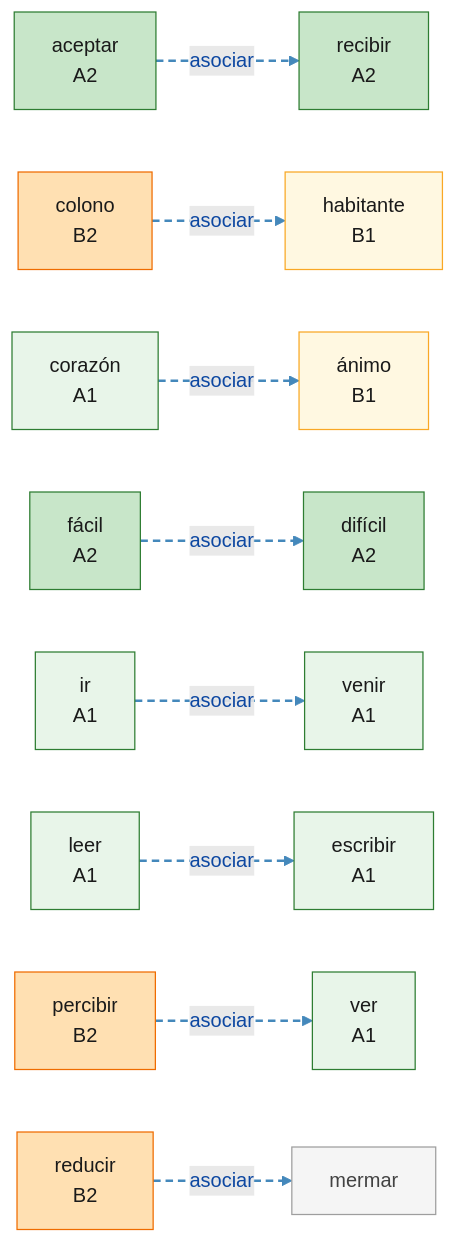
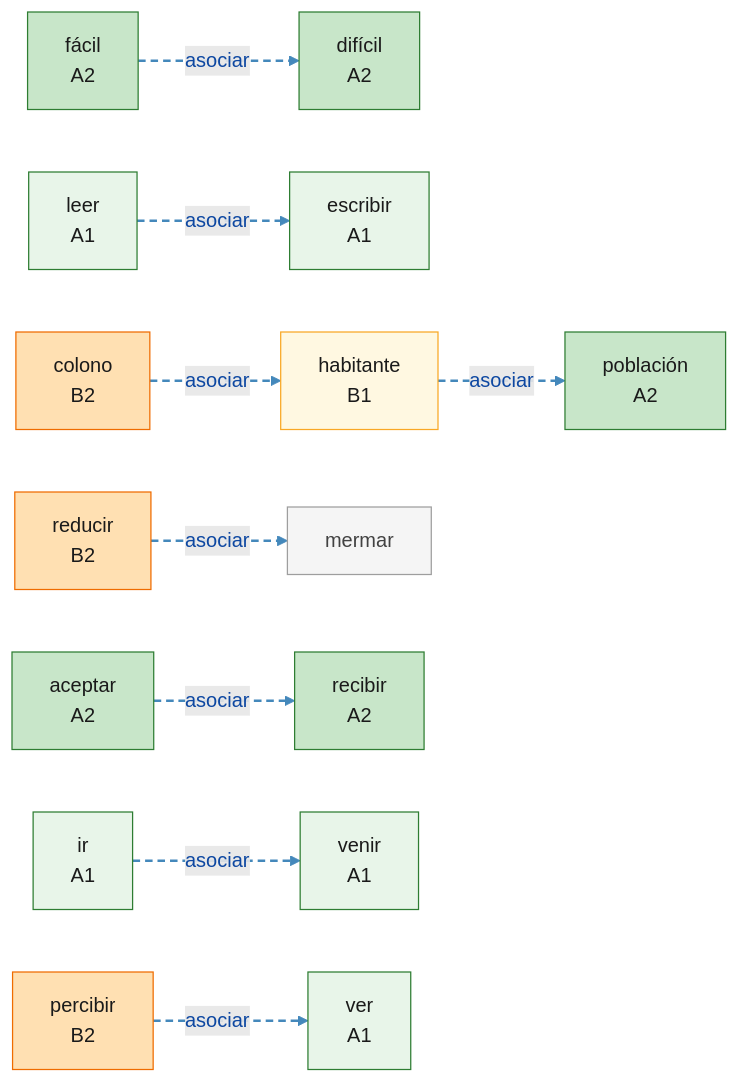
Before and after one commit to auding1900/es-raiz-vocab: the diagram in mindmaps/asociar_a-l-2-4.md, drawn with Mermaid. The commit also changed other lines of this file and 34 other files, not shown here.

````diff
--- a/mindmaps/asociar_a-l-2-4.md
+++ b/mindmaps/asociar_a-l-2-4.md
@@ -8,59 +8,57 @@
 ```mermaid
 graph LR
   W_aceptar["aceptar<br/>A2"]:::lvlA2
-  W_animo["ánimo<br/>B1"]:::lvlB1
   W_colono["colono<br/>B2"]:::lvlB2
-  W_corazon["corazón<br/>A1"]:::lvlA1
   W_dificil["difícil<br/>A2"]:::lvlA2
   W_escribir["escribir<br/>A1"]:::lvlA1
   W_facil["fácil<br/>A2"]:::lvlA2
   W_habitante["habitante<br/>B1"]:::lvlB1
   W_ir["ir<br/>A1"]:::lvlA1
   W_leer["leer<br/>A1"]:::lvlA1
   W_mermar["mermar"]:::lvlNA
   W_percibir["percibir<br/>B2"]:::lvlB2
+  W_poblacion["población<br/>A2"]:::lvlA2
   W_recibir["recibir<br/>A2"]:::lvlA2
   W_reducir["reducir<br/>B2"]:::lvlB2
   W_venir["venir<br/>A1"]:::lvlA1
   W_ver["ver<br/>A1"]:::lvlA1
+  W_habitante -.->|asociar| W_poblacion
   W_colono -.->|asociar| W_habitante
   W_reducir -.->|asociar| W_mermar
   W_percibir -.->|asociar| W_ver
   W_aceptar -.->|asociar| W_recibir
   W_facil -.->|asociar| W_dificil
   W_ir -.->|asociar| W_venir
   W_leer -.->|asociar| W_escribir
-  W_corazon -.->|asociar| W_animo
   linkStyle 0 stroke:#4488bb,stroke-width:2px,stroke-dasharray:6 4
   linkStyle 1 stroke:#4488bb,stroke-width:2px,stroke-dasharray:6 4
   linkStyle 2 stroke:#4488bb,stroke-width:2px,stroke-dasharray:6 4
   linkStyle 3 stroke:#4488bb,stroke-width:2px,stroke-dasharray:6 4
   linkStyle 4 stroke:#4488bb,stroke-width:2px,stroke-dasharray:6 4
   linkStyle 5 stroke:#4488bb,stroke-width:2px,stroke-dasharray:6 4
   linkStyle 6 stroke:#4488bb,stroke-width:2px,stroke-dasharray:6 4
   linkStyle 7 stroke:#4488bb,stroke-width:2px,stroke-dasharray:6 4
   classDef root fill:#bbdefb,stroke:#1565c0,stroke-width:2px,color:#0d47a1
   classDef lvlA1 fill:#e8f5e9,stroke:#2e7d32,color:#1a1a1a
   classDef lvlA2 fill:#c8e6c9,stroke:#2e7d32,color:#1a1a1a
   classDef lvlB1 fill:#fff8e1,stroke:#f9a825,color:#1a1a1a
   classDef lvlB2 fill:#ffe0b2,stroke:#ef6c00,color:#1a1a1a
   classDef lvlC1 fill:#ffccbc,stroke:#d84315,color:#1a1a1a
   classDef lvlC2 fill:#ffcdd2,stroke:#b71c1c,color:#1a1a1a
   classDef lvlNA fill:#f5f5f5,stroke:#9e9e9e,color:#424242
   click W_aceptar "https://www.doubao.com/chat?q=%E8%A5%BF%E7%8F%AD%E7%89%99%E8%AF%ADaceptar%EF%BC%8C%E8%AF%8D%E6%A0%B9cap%EF%BC%8C%E8%A7%A3%E9%87%8A%E8%AF%8D%E4%B9%89%E3%80%81DELE%E7%AD%89%E7%BA%A7%E3%80%81%E8%AF%AD%E4%BD%93%E3%80%81%E5%B8%B8%E7%94%A8%E6%90%AD%E9%85%8D%E3%80%81%E8%BF%91%E4%B9%89%E8%AF%8D%E8%BE%A8%E6%9E%90%EF%BC%8C%E5%B9%B6%E4%B8%94%E7%BB%992%E6%9D%A1%E6%9D%A5%E8%87%AA%E5%85%AC%E7%89%88%E8%A5%BF%E8%AF%AD%E6%96%87%E6%9C%AC%EF%BC%88Wikisource%2F%E5%8F%A4%E7%99%BB%E5%A0%A1%EF%BC%89%E7%9A%84%E8%87%AA%E7%84%B6%E4%BE%8B%E5%8F%A5%EF%BC%8C%E4%BE%8B%E5%8F%A5%E4%BC%98%E5%85%88%E9%80%89%E7%94%A8%E7%8E%B0%E4%BB%A3%E6%A0%87%E5%87%86%E8%A5%BF%E7%8F%AD%E7%89%99%E8%AF%AD%EF%BC%8C%E5%8F%A4%E4%BD%93%E4%BE%8B%E5%8F%A5%E6%A0%87%E6%B3%A8%E3%80%90arca%C3%ADsmo%E3%80%91" "豆包查询：aceptar" _blank
-  click W_animo "https://www.doubao.com/chat?q=%E8%A5%BF%E7%8F%AD%E7%89%99%E8%AF%AD%C3%A1nimo%EF%BC%8C%E8%AF%8D%E6%A0%B9anim%EF%BC%8C%E8%A7%A3%E9%87%8A%E8%AF%8D%E4%B9%89%E3%80%81DELE%E7%AD%89%E7%BA%A7%E3%80%81%E8%AF%AD%E4%BD%93%E3%80%81%E5%B8%B8%E7%94%A8%E6%90%AD%E9%85%8D%E3%80%81%E8%BF%91%E4%B9%89%E8%AF%8D%E8%BE%A8%E6%9E%90%EF%BC%8C%E5%B9%B6%E4%B8%94%E7%BB%992%E6%9D%A1%E6%9D%A5%E8%87%AA%E5%85%AC%E7%89%88%E8%A5%BF%E8%AF%AD%E6%96%87%E6%9C%AC%EF%BC%88Wikisource%2F%E5%8F%A4%E7%99%BB%E5%A0%A1%EF%BC%89%E7%9A%84%E8%87%AA%E7%84%B6%E4%BE%8B%E5%8F%A5%EF%BC%8C%E4%BE%8B%E5%8F%A5%E4%BC%98%E5%85%88%E9%80%89%E7%94%A8%E7%8E%B0%E4%BB%A3%E6%A0%87%E5%87%86%E8%A5%BF%E7%8F%AD%E7%89%99%E8%AF%AD%EF%BC%8C%E5%8F%A4%E4%BD%93%E4%BE%8B%E5%8F%A5%E6%A0%87%E6%B3%A8%E3%80%90arca%C3%ADsmo%E3%80%91" "豆包查询：ánimo" _blank
   click W_colono "https://www.doubao.com/chat?q=%E8%A5%BF%E7%8F%AD%E7%89%99%E8%AF%ADcolono%EF%BC%8C%E8%AF%8D%E6%A0%B9col%EF%BC%8C%E8%A7%A3%E9%87%8A%E8%AF%8D%E4%B9%89%E3%80%81DELE%E7%AD%89%E7%BA%A7%E3%80%81%E8%AF%AD%E4%BD%93%E3%80%81%E5%B8%B8%E7%94%A8%E6%90%AD%E9%85%8D%E3%80%81%E8%BF%91%E4%B9%89%E8%AF%8D%E8%BE%A8%E6%9E%90%EF%BC%8C%E5%B9%B6%E4%B8%94%E7%BB%992%E6%9D%A1%E6%9D%A5%E8%87%AA%E5%85%AC%E7%89%88%E8%A5%BF%E8%AF%AD%E6%96%87%E6%9C%AC%EF%BC%88Wikisource%2F%E5%8F%A4%E7%99%BB%E5%A0%A1%EF%BC%89%E7%9A%84%E8%87%AA%E7%84%B6%E4%BE%8B%E5%8F%A5%EF%BC%8C%E4%BE%8B%E5%8F%A5%E4%BC%98%E5%85%88%E9%80%89%E7%94%A8%E7%8E%B0%E4%BB%A3%E6%A0%87%E5%87%86%E8%A5%BF%E7%8F%AD%E7%89%99%E8%AF%AD%EF%BC%8C%E5%8F%A4%E4%BD%93%E4%BE%8B%E5%8F%A5%E6%A0%87%E6%B3%A8%E3%80%90arca%C3%ADsmo%E3%80%91" "豆包查询：colono" _blank
-  click W_corazon "https://www.doubao.com/chat?q=%E8%A5%BF%E7%8F%AD%E7%89%99%E8%AF%ADcoraz%C3%B3n%EF%BC%8C%E8%AF%8D%E6%A0%B9cor%EF%BC%8C%E8%A7%A3%E9%87%8A%E8%AF%8D%E4%B9%89%E3%80%81DELE%E7%AD%89%E7%BA%A7%E3%80%81%E8%AF%AD%E4%BD%93%E3%80%81%E5%B8%B8%E7%94%A8%E6%90%AD%E9%85%8D%E3%80%81%E8%BF%91%E4%B9%89%E8%AF%8D%E8%BE%A8%E6%9E%90%EF%BC%8C%E5%B9%B6%E4%B8%94%E7%BB%992%E6%9D%A1%E6%9D%A5%E8%87%AA%E5%85%AC%E7%89%88%E8%A5%BF%E8%AF%AD%E6%96%87%E6%9C%AC%EF%BC%88Wikisource%2F%E5%8F%A4%E7%99%BB%E5%A0%A1%EF%BC%89%E7%9A%84%E8%87%AA%E7%84%B6%E4%BE%8B%E5%8F%A5%EF%BC%8C%E4%BE%8B%E5%8F%A5%E4%BC%98%E5%85%88%E9%80%89%E7%94%A8%E7%8E%B0%E4%BB%A3%E6%A0%87%E5%87%86%E8%A5%BF%E7%8F%AD%E7%89%99%E8%AF%AD%EF%BC%8C%E5%8F%A4%E4%BD%93%E4%BE%8B%E5%8F%A5%E6%A0%87%E6%B3%A8%E3%80%90arca%C3%ADsmo%E3%80%91" "豆包查询：corazón" _blank
   click W_dificil "https://www.doubao.com/chat?q=%E8%A5%BF%E7%8F%AD%E7%89%99%E8%AF%ADdif%C3%ADcil%EF%BC%8C%E8%AF%8D%E6%A0%B9fac%EF%BC%8C%E8%A7%A3%E9%87%8A%E8%AF%8D%E4%B9%89%E3%80%81DELE%E7%AD%89%E7%BA%A7%E3%80%81%E8%AF%AD%E4%BD%93%E3%80%81%E5%B8%B8%E7%94%A8%E6%90%AD%E9%85%8D%E3%80%81%E8%BF%91%E4%B9%89%E8%AF%8D%E8%BE%A8%E6%9E%90%EF%BC%8C%E5%B9%B6%E4%B8%94%E7%BB%992%E6%9D%A1%E6%9D%A5%E8%87%AA%E5%85%AC%E7%89%88%E8%A5%BF%E8%AF%AD%E6%96%87%E6%9C%AC%EF%BC%88Wikisource%2F%E5%8F%A4%E7%99%BB%E5%A0%A1%EF%BC%89%E7%9A%84%E8%87%AA%E7%84%B6%E4%BE%8B%E5%8F%A5%EF%BC%8C%E4%BE%8B%E5%8F%A5%E4%BC%98%E5%85%88%E9%80%89%E7%94%A8%E7%8E%B0%E4%BB%A3%E6%A0%87%E5%87%86%E8%A5%BF%E7%8F%AD%E7%89%99%E8%AF%AD%EF%BC%8C%E5%8F%A4%E4%BD%93%E4%BE%8B%E5%8F%A5%E6%A0%87%E6%B3%A8%E3%80%90arca%C3%ADsmo%E3%80%91" "豆包查询：difícil" _blank
   click W_escribir "https://www.doubao.com/chat?q=%E8%A5%BF%E7%8F%AD%E7%89%99%E8%AF%ADescribir%EF%BC%8C%E8%AF%8D%E6%A0%B9scrib%EF%BC%8C%E8%A7%A3%E9%87%8A%E8%AF%8D%E4%B9%89%E3%80%81DELE%E7%AD%89%E7%BA%A7%E3%80%81%E8%AF%AD%E4%BD%93%E3%80%81%E5%B8%B8%E7%94%A8%E6%90%AD%E9%85%8D%E3%80%81%E8%BF%91%E4%B9%89%E8%AF%8D%E8%BE%A8%E6%9E%90%EF%BC%8C%E5%B9%B6%E4%B8%94%E7%BB%992%E6%9D%A1%E6%9D%A5%E8%87%AA%E5%85%AC%E7%89%88%E8%A5%BF%E8%AF%AD%E6%96%87%E6%9C%AC%EF%BC%88Wikisource%2F%E5%8F%A4%E7%99%BB%E5%A0%A1%EF%BC%89%E7%9A%84%E8%87%AA%E7%84%B6%E4%BE%8B%E5%8F%A5%EF%BC%8C%E4%BE%8B%E5%8F%A5%E4%BC%98%E5%85%88%E9%80%89%E7%94%A8%E7%8E%B0%E4%BB%A3%E6%A0%87%E5%87%86%E8%A5%BF%E7%8F%AD%E7%89%99%E8%AF%AD%EF%BC%8C%E5%8F%A4%E4%BD%93%E4%BE%8B%E5%8F%A5%E6%A0%87%E6%B3%A8%E3%80%90arca%C3%ADsmo%E3%80%91" "豆包查询：escribir" _blank
   click W_facil "https://www.doubao.com/chat?q=%E8%A5%BF%E7%8F%AD%E7%89%99%E8%AF%ADf%C3%A1cil%EF%BC%8C%E8%AF%8D%E6%A0%B9fac%EF%BC%8C%E8%A7%A3%E9%87%8A%E8%AF%8D%E4%B9%89%E3%80%81DELE%E7%AD%89%E7%BA%A7%E3%80%81%E8%AF%AD%E4%BD%93%E3%80%81%E5%B8%B8%E7%94%A8%E6%90%AD%E9%85%8D%E3%80%81%E8%BF%91%E4%B9%89%E8%AF%8D%E8%BE%A8%E6%9E%90%EF%BC%8C%E5%B9%B6%E4%B8%94%E7%BB%992%E6%9D%A1%E6%9D%A5%E8%87%AA%E5%85%AC%E7%89%88%E8%A5%BF%E8%AF%AD%E6%96%87%E6%9C%AC%EF%BC%88Wikisource%2F%E5%8F%A4%E7%99%BB%E5%A0%A1%EF%BC%89%E7%9A%84%E8%87%AA%E7%84%B6%E4%BE%8B%E5%8F%A5%EF%BC%8C%E4%BE%8B%E5%8F%A5%E4%BC%98%E5%85%88%E9%80%89%E7%94%A8%E7%8E%B0%E4%BB%A3%E6%A0%87%E5%87%86%E8%A5%BF%E7%8F%AD%E7%89%99%E8%AF%AD%EF%BC%8C%E5%8F%A4%E4%BD%93%E4%BE%8B%E5%8F%A5%E6%A0%87%E6%B3%A8%E3%80%90arca%C3%ADsmo%E3%80%91" "豆包查询：fácil" _blank
   click W_habitante "https://www.doubao.com/chat?q=%E8%A5%BF%E7%8F%AD%E7%89%99%E8%AF%ADhabitante%EF%BC%8C%E8%AF%8D%E6%A0%B9habit%EF%BC%8C%E8%A7%A3%E9%87%8A%E8%AF%8D%E4%B9%89%E3%80%81DELE%E7%AD%89%E7%BA%A7%E3%80%81%E8%AF%AD%E4%BD%93%E3%80%81%E5%B8%B8%E7%94%A8%E6%90%AD%E9%85%8D%E3%80%81%E8%BF%91%E4%B9%89%E8%AF%8D%E8%BE%A8%E6%9E%90%EF%BC%8C%E5%B9%B6%E4%B8%94%E7%BB%992%E6%9D%A1%E6%9D%A5%E8%87%AA%E5%85%AC%E7%89%88%E8%A5%BF%E8%AF%AD%E6%96%87%E6%9C%AC%EF%BC%88Wikisource%2F%E5%8F%A4%E7%99%BB%E5%A0%A1%EF%BC%89%E7%9A%84%E8%87%AA%E7%84%B6%E4%BE%8B%E5%8F%A5%EF%BC%8C%E4%BE%8B%E5%8F%A5%E4%BC%98%E5%85%88%E9%80%89%E7%94%A8%E7%8E%B0%E4%BB%A3%E6%A0%87%E5%87%86%E8%A5%BF%E7%8F%AD%E7%89%99%E8%AF%AD%EF%BC%8C%E5%8F%A4%E4%BD%93%E4%BE%8B%E5%8F%A5%E6%A0%87%E6%B3%A8%E3%80%90arca%C3%ADsmo%E3%80%91" "豆包查询：habitante" _blank
   click W_ir "https://www.doubao.com/chat?q=%E8%A5%BF%E7%8F%AD%E7%89%99%E8%AF%ADir%EF%BC%8C%E8%AF%8D%E6%A0%B9ire%EF%BC%8C%E8%A7%A3%E9%87%8A%E8%AF%8D%E4%B9%89%E3%80%81DELE%E7%AD%89%E7%BA%A7%E3%80%81%E8%AF%AD%E4%BD%93%E3%80%81%E5%B8%B8%E7%94%A8%E6%90%AD%E9%85%8D%E3%80%81%E8%BF%91%E4%B9%89%E8%AF%8D%E8%BE%A8%E6%9E%90%EF%BC%8C%E5%B9%B6%E4%B8%94%E7%BB%992%E6%9D%A1%E6%9D%A5%E8%87%AA%E5%85%AC%E7%89%88%E8%A5%BF%E8%AF%AD%E6%96%87%E6%9C%AC%EF%BC%88Wikisource%2F%E5%8F%A4%E7%99%BB%E5%A0%A1%EF%BC%89%E7%9A%84%E8%87%AA%E7%84%B6%E4%BE%8B%E5%8F%A5%EF%BC%8C%E4%BE%8B%E5%8F%A5%E4%BC%98%E5%85%88%E9%80%89%E7%94%A8%E7%8E%B0%E4%BB%A3%E6%A0%87%E5%87%86%E8%A5%BF%E7%8F%AD%E7%89%99%E8%AF%AD%EF%BC%8C%E5%8F%A4%E4%BD%93%E4%BE%8B%E5%8F%A5%E6%A0%87%E6%B3%A8%E3%80%90arca%C3%ADsmo%E3%80%91" "豆包查询：ir" _blank
   click W_leer "https://www.doubao.com/chat?q=%E8%A5%BF%E7%8F%AD%E7%89%99%E8%AF%ADleer%EF%BC%8C%E8%AF%8D%E6%A0%B9leg%EF%BC%8C%E8%A7%A3%E9%87%8A%E8%AF%8D%E4%B9%89%E3%80%81DELE%E7%AD%89%E7%BA%A7%E3%80%81%E8%AF%AD%E4%BD%93%E3%80%81%E5%B8%B8%E7%94%A8%E6%90%AD%E9%85%8D%E3%80%81%E8%BF%91%E4%B9%89%E8%AF%8D%E8%BE%A8%E6%9E%90%EF%BC%8C%E5%B9%B6%E4%B8%94%E7%BB%992%E6%9D%A1%E6%9D%A5%E8%87%AA%E5%85%AC%E7%89%88%E8%A5%BF%E8%AF%AD%E6%96%87%E6%9C%AC%EF%BC%88Wikisource%2F%E5%8F%A4%E7%99%BB%E5%A0%A1%EF%BC%89%E7%9A%84%E8%87%AA%E7%84%B6%E4%BE%8B%E5%8F%A5%EF%BC%8C%E4%BE%8B%E5%8F%A5%E4%BC%98%E5%85%88%E9%80%89%E7%94%A8%E7%8E%B0%E4%BB%A3%E6%A0%87%E5%87%86%E8%A5%BF%E7%8F%AD%E7%89%99%E8%AF%AD%EF%BC%8C%E5%8F%A4%E4%BD%93%E4%BE%8B%E5%8F%A5%E6%A0%87%E6%B3%A8%E3%80%90arca%C3%ADsmo%E3%80%91" "豆包查询：leer" _blank
   click W_mermar "https://www.doubao.com/chat?q=%E8%A5%BF%E7%8F%AD%E7%89%99%E8%AF%ADmermar%EF%BC%8C%E8%A7%A3%E9%87%8A%E8%AF%8D%E4%B9%89%E3%80%81DELE%E7%AD%89%E7%BA%A7%E3%80%81%E8%AF%AD%E4%BD%93%E3%80%81%E5%B8%B8%E7%94%A8%E6%90%AD%E9%85%8D%E3%80%81%E8%BF%91%E4%B9%89%E8%AF%8D%E8%BE%A8%E6%9E%90%EF%BC%8C%E5%B9%B6%E4%B8%94%E7%BB%992%E6%9D%A1%E6%9D%A5%E8%87%AA%E5%85%AC%E7%89%88%E8%A5%BF%E8%AF%AD%E6%96%87%E6%9C%AC%EF%BC%88Wikisource%2F%E5%8F%A4%E7%99%BB%E5%A0%A1%EF%BC%89%E7%9A%84%E8%87%AA%E7%84%B6%E4%BE%8B%E5%8F%A5%EF%BC%8C%E4%BE%8B%E5%8F%A5%E4%BC%98%E5%85%88%E9%80%89%E7%94%A8%E7%8E%B0%E4%BB%A3%E6%A0%87%E5%87%86%E8%A5%BF%E7%8F%AD%E7%89%99%E8%AF%AD%EF%BC%8C%E5%8F%A4%E4%BD%93%E4%BE%8B%E5%8F%A5%E6%A0%87%E6%B3%A8%E3%80%90arca%C3%ADsmo%E3%80%91" "豆包查询：mermar" _blank
   click W_percibir "https://www.doubao.com/chat?q=%E8%A5%BF%E7%8F%AD%E7%89%99%E8%AF%ADpercibir%EF%BC%8C%E8%AF%8D%E6%A0%B9cap%EF%BC%8C%E8%A7%A3%E9%87%8A%E8%AF%8D%E4%B9%89%E3%80%81DELE%E7%AD%89%E7%BA%A7%E3%80%81%E8%AF%AD%E4%BD%93%E3%80%81%E5%B8%B8%E7%94%A8%E6%90%AD%E9%85%8D%E3%80%81%E8%BF%91%E4%B9%89%E8%AF%8D%E8%BE%A8%E6%9E%90%EF%BC%8C%E5%B9%B6%E4%B8%94%E7%BB%992%E6%9D%A1%E6%9D%A5%E8%87%AA%E5%85%AC%E7%89%88%E8%A5%BF%E8%AF%AD%E6%96%87%E6%9C%AC%EF%BC%88Wikisource%2F%E5%8F%A4%E7%99%BB%E5%A0%A1%EF%BC%89%E7%9A%84%E8%87%AA%E7%84%B6%E4%BE%8B%E5%8F%A5%EF%BC%8C%E4%BE%8B%E5%8F%A5%E4%BC%98%E5%85%88%E9%80%89%E7%94%A8%E7%8E%B0%E4%BB%A3%E6%A0%87%E5%87%86%E8%A5%BF%E7%8F%AD%E7%89%99%E8%AF%AD%EF%BC%8C%E5%8F%A4%E4%BD%93%E4%BE%8B%E5%8F%A5%E6%A0%87%E6%B3%A8%E3%80%90arca%C3%ADsmo%E3%80%91" "豆包查询：percibir" _blank
+  click W_poblacion "https://www.doubao.com/chat?q=%E8%A5%BF%E7%8F%AD%E7%89%99%E8%AF%ADpoblaci%C3%B3n%EF%BC%8C%E8%AF%8D%E6%A0%B9pop%EF%BC%8C%E8%A7%A3%E9%87%8A%E8%AF%8D%E4%B9%89%E3%80%81DELE%E7%AD%89%E7%BA%A7%E3%80%81%E8%AF%AD%E4%BD%93%E3%80%81%E5%B8%B8%E7%94%A8%E6%90%AD%E9%85%8D%E3%80%81%E8%BF%91%E4%B9%89%E8%AF%8D%E8%BE%A8%E6%9E%90%EF%BC%8C%E5%B9%B6%E4%B8%94%E7%BB%992%E6%9D%A1%E6%9D%A5%E8%87%AA%E5%85%AC%E7%89%88%E8%A5%BF%E8%AF%AD%E6%96%87%E6%9C%AC%EF%BC%88Wikisource%2F%E5%8F%A4%E7%99%BB%E5%A0%A1%EF%BC%89%E7%9A%84%E8%87%AA%E7%84%B6%E4%BE%8B%E5%8F%A5%EF%BC%8C%E4%BE%8B%E5%8F%A5%E4%BC%98%E5%85%88%E9%80%89%E7%94%A8%E7%8E%B0%E4%BB%A3%E6%A0%87%E5%87%86%E8%A5%BF%E7%8F%AD%E7%89%99%E8%AF%AD%EF%BC%8C%E5%8F%A4%E4%BD%93%E4%BE%8B%E5%8F%A5%E6%A0%87%E6%B3%A8%E3%80%90arca%C3%ADsmo%E3%80%91" "豆包查询：población" _blank
   click W_recibir "https://www.doubao.com/chat?q=%E8%A5%BF%E7%8F%AD%E7%89%99%E8%AF%ADrecibir%EF%BC%8C%E8%AF%8D%E6%A0%B9cap%EF%BC%8C%E8%A7%A3%E9%87%8A%E8%AF%8D%E4%B9%89%E3%80%81DELE%E7%AD%89%E7%BA%A7%E3%80%81%E8%AF%AD%E4%BD%93%E3%80%81%E5%B8%B8%E7%94%A8%E6%90%AD%E9%85%8D%E3%80%81%E8%BF%91%E4%B9%89%E8%AF%8D%E8%BE%A8%E6%9E%90%EF%BC%8C%E5%B9%B6%E4%B8%94%E7%BB%992%E6%9D%A1%E6%9D%A5%E8%87%AA%E5%85%AC%E7%89%88%E8%A5%BF%E8%AF%AD%E6%96%87%E6%9C%AC%EF%BC%88Wikisource%2F%E5%8F%A4%E7%99%BB%E5%A0%A1%EF%BC%89%E7%9A%84%E8%87%AA%E7%84%B6%E4%BE%8B%E5%8F%A5%EF%BC%8C%E4%BE%8B%E5%8F%A5%E4%BC%98%E5%85%88%E9%80%89%E7%94%A8%E7%8E%B0%E4%BB%A3%E6%A0%87%E5%87%86%E8%A5%BF%E7%8F%AD%E7%89%99%E8%AF%AD%EF%BC%8C%E5%8F%A4%E4%BD%93%E4%BE%8B%E5%8F%A5%E6%A0%87%E6%B3%A8%E3%80%90arca%C3%ADsmo%E3%80%91" "豆包查询：recibir" _blank
   click W_reducir "https://www.doubao.com/chat?q=%E8%A5%BF%E7%8F%AD%E7%89%99%E8%AF%ADreducir%EF%BC%8C%E8%AF%8D%E6%A0%B9duc%EF%BC%8C%E8%A7%A3%E9%87%8A%E8%AF%8D%E4%B9%89%E3%80%81DELE%E7%AD%89%E7%BA%A7%E3%80%81%E8%AF%AD%E4%BD%93%E3%80%81%E5%B8%B8%E7%94%A8%E6%90%AD%E9%85%8D%E3%80%81%E8%BF%91%E4%B9%89%E8%AF%8D%E8%BE%A8%E6%9E%90%EF%BC%8C%E5%B9%B6%E4%B8%94%E7%BB%992%E6%9D%A1%E6%9D%A5%E8%87%AA%E5%85%AC%E7%89%88%E8%A5%BF%E8%AF%AD%E6%96%87%E6%9C%AC%EF%BC%88Wikisource%2F%E5%8F%A4%E7%99%BB%E5%A0%A1%EF%BC%89%E7%9A%84%E8%87%AA%E7%84%B6%E4%BE%8B%E5%8F%A5%EF%BC%8C%E4%BE%8B%E5%8F%A5%E4%BC%98%E5%85%88%E9%80%89%E7%94%A8%E7%8E%B0%E4%BB%A3%E6%A0%87%E5%87%86%E8%A5%BF%E7%8F%AD%E7%89%99%E8%AF%AD%EF%BC%8C%E5%8F%A4%E4%BD%93%E4%BE%8B%E5%8F%A5%E6%A0%87%E6%B3%A8%E3%80%90arca%C3%ADsmo%E3%80%91" "豆包查询：reducir" _blank
   click W_venir "https://www.doubao.com/chat?q=%E8%A5%BF%E7%8F%AD%E7%89%99%E8%AF%ADvenir%EF%BC%8C%E8%AF%8D%E6%A0%B9ven%EF%BC%8C%E8%A7%A3%E9%87%8A%E8%AF%8D%E4%B9%89%E3%80%81DELE%E7%AD%89%E7%BA%A7%E3%80%81%E8%AF%AD%E4%BD%93%E3%80%81%E5%B8%B8%E7%94%A8%E6%90%AD%E9%85%8D%E3%80%81%E8%BF%91%E4%B9%89%E8%AF%8D%E8%BE%A8%E6%9E%90%EF%BC%8C%E5%B9%B6%E4%B8%94%E7%BB%992%E6%9D%A1%E6%9D%A5%E8%87%AA%E5%85%AC%E7%89%88%E8%A5%BF%E8%AF%AD%E6%96%87%E6%9C%AC%EF%BC%88Wikisource%2F%E5%8F%A4%E7%99%BB%E5%A0%A1%EF%BC%89%E7%9A%84%E8%87%AA%E7%84%B6%E4%BE%8B%E5%8F%A5%EF%BC%8C%E4%BE%8B%E5%8F%A5%E4%BC%98%E5%85%88%E9%80%89%E7%94%A8%E7%8E%B0%E4%BB%A3%E6%A0%87%E5%87%86%E8%A5%BF%E7%8F%AD%E7%89%99%E8%AF%AD%EF%BC%8C%E5%8F%A4%E4%BD%93%E4%BE%8B%E5%8F%A5%E6%A0%87%E6%B3%A8%E3%80%90arca%C3%ADsmo%E3%80%91" "豆包查询：venir" _blank
   click W_ver "https://www.doubao.com/chat?q=%E8%A5%BF%E7%8F%AD%E7%89%99%E8%AF%ADver%EF%BC%8C%E8%AF%8D%E6%A0%B9vid%EF%BC%8C%E8%A7%A3%E9%87%8A%E8%AF%8D%E4%B9%89%E3%80%81DELE%E7%AD%89%E7%BA%A7%E3%80%81%E8%AF%AD%E4%BD%93%E3%80%81%E5%B8%B8%E7%94%A8%E6%90%AD%E9%85%8D%E3%80%81%E8%BF%91%E4%B9%89%E8%AF%8D%E8%BE%A8%E6%9E%90%EF%BC%8C%E5%B9%B6%E4%B8%94%E7%BB%992%E6%9D%A1%E6%9D%A5%E8%87%AA%E5%85%AC%E7%89%88%E8%A5%BF%E8%AF%AD%E6%96%87%E6%9C%AC%EF%BC%88Wikisource%2F%E5%8F%A4%E7%99%BB%E5%A0%A1%EF%BC%89%E7%9A%84%E8%87%AA%E7%84%B6%E4%BE%8B%E5%8F%A5%EF%BC%8C%E4%BE%8B%E5%8F%A5%E4%BC%98%E5%85%88%E9%80%89%E7%94%A8%E7%8E%B0%E4%BB%A3%E6%A0%87%E5%87%86%E8%A5%BF%E7%8F%AD%E7%89%99%E8%AF%AD%EF%BC%8C%E5%8F%A4%E4%BD%93%E4%BE%8B%E5%8F%A5%E6%A0%87%E6%B3%A8%E3%80%90arca%C3%ADsmo%E3%80%91" "豆包查询：ver" _blank
 ```
````
